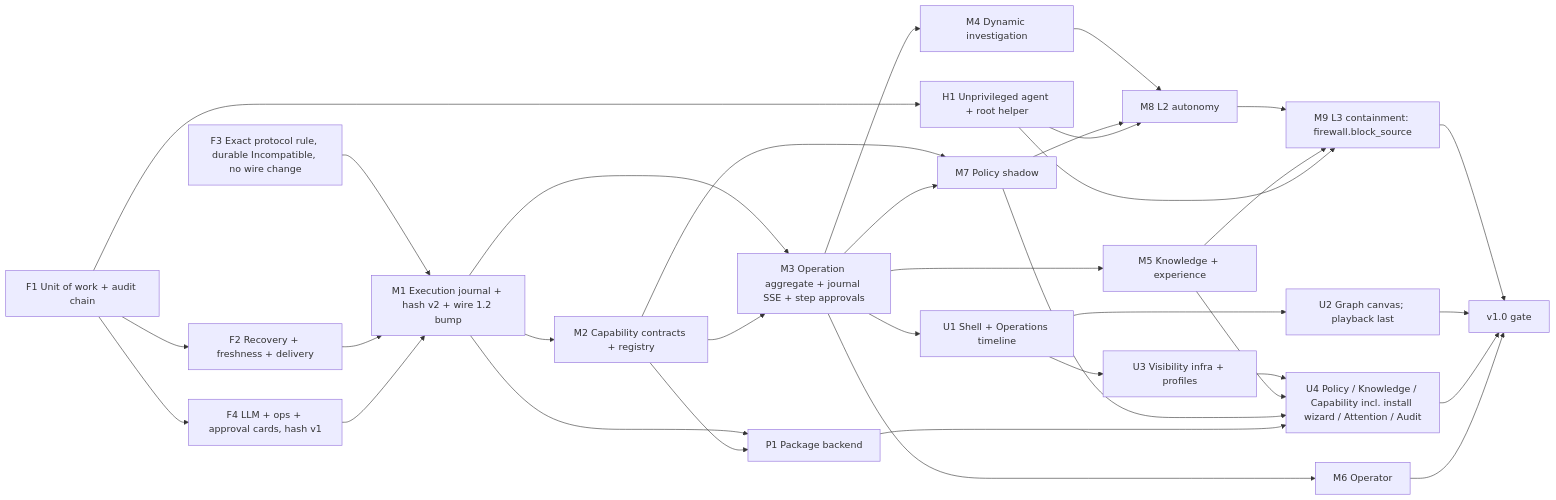
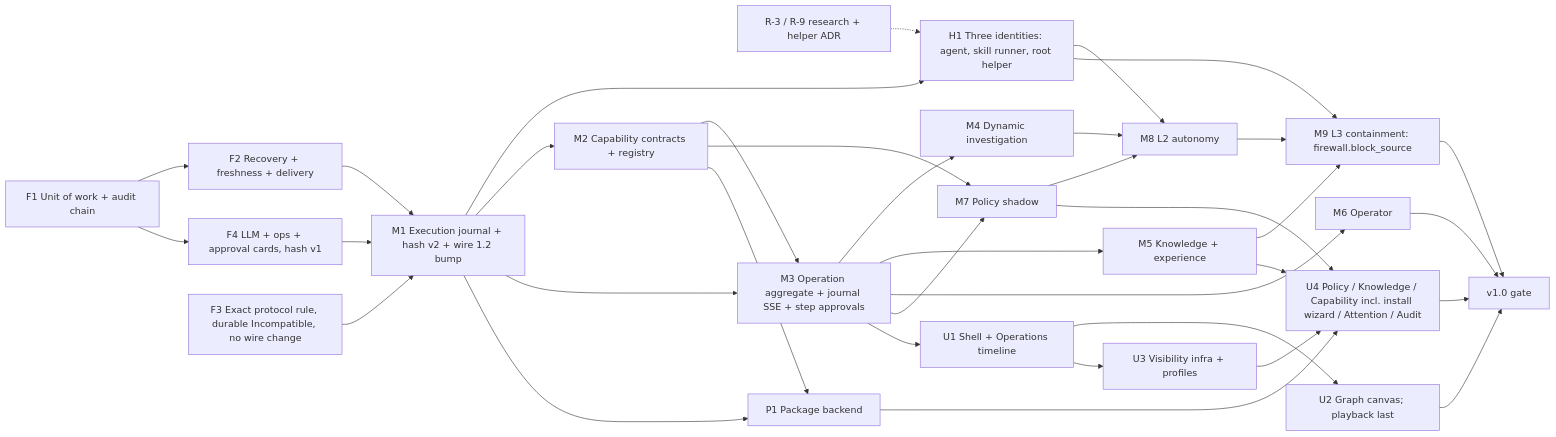
Before and after one commit to RoastSlav/domovoi: the diagram in docs/rework/06-implementation-roadmap.md, drawn with Mermaid. The commit also changed other lines of this file and 22 other files, not shown here.

Commit message:
docs: isolate skill execution from the helper and unify exclusions

````diff
--- a/docs/rework/06-implementation-roadmap.md
+++ b/docs/rework/06-implementation-roadmap.md
@@ -9,36 +9,37 @@
 ```mermaid
 flowchart LR
   F1[F1 Unit of work + audit chain] --> F2[F2 Recovery + freshness + delivery]
   F1 --> F4[F4 LLM + ops + approval cards, hash v1]
   F3[F3 Exact protocol rule, durable Incompatible, no wire change] --> M1
   F2 --> M1[M1 Execution journal + hash v2 + wire 1.2 bump]
   F4 --> M1
-  F1 --> H1[H1 Unprivileged agent + root helper]
+  M1 --> H1[H1 Three identities: agent, skill runner, root helper]
+  R3[R-3 / R-9 research + helper ADR] -.-> H1
   M1 --> M2[M2 Capability contracts + registry]
   M1 --> M3[M3 Operation aggregate + journal SSE + step approvals]
   M2 --> M3
   M3 --> M4[M4 Dynamic investigation]
   M3 --> M5[M5 Knowledge + experience]
   M3 --> M6[M6 Operator]
   M2 --> M7[M7 Policy shadow]
   M3 --> M7
   M1 --> P1[P1 Package backend]
   M2 --> P1
   M4 --> M8[M8 L2 autonomy]
   M7 --> M8
   H1 --> M8
   M8 --> M9[M9 L3 containment: firewall.block_source]
   M5 --> M9
   H1 --> M9
   M3 --> U1[U1 Shell + Operations timeline]
   U1 --> U2[U2 Graph canvas; playback last]
   U1 --> U3[U3 Visibility infra + profiles]
   U3 --> U4[U4 Policy / Knowledge / Capability incl. install wizard / Attention / Audit]
   M5 --> U4
   M7 --> U4
   P1 --> U4
   M9 --> V1[v1.0 gate]
   U2 --> V1
   U4 --> V1
   M6 --> V1
 ```
````
